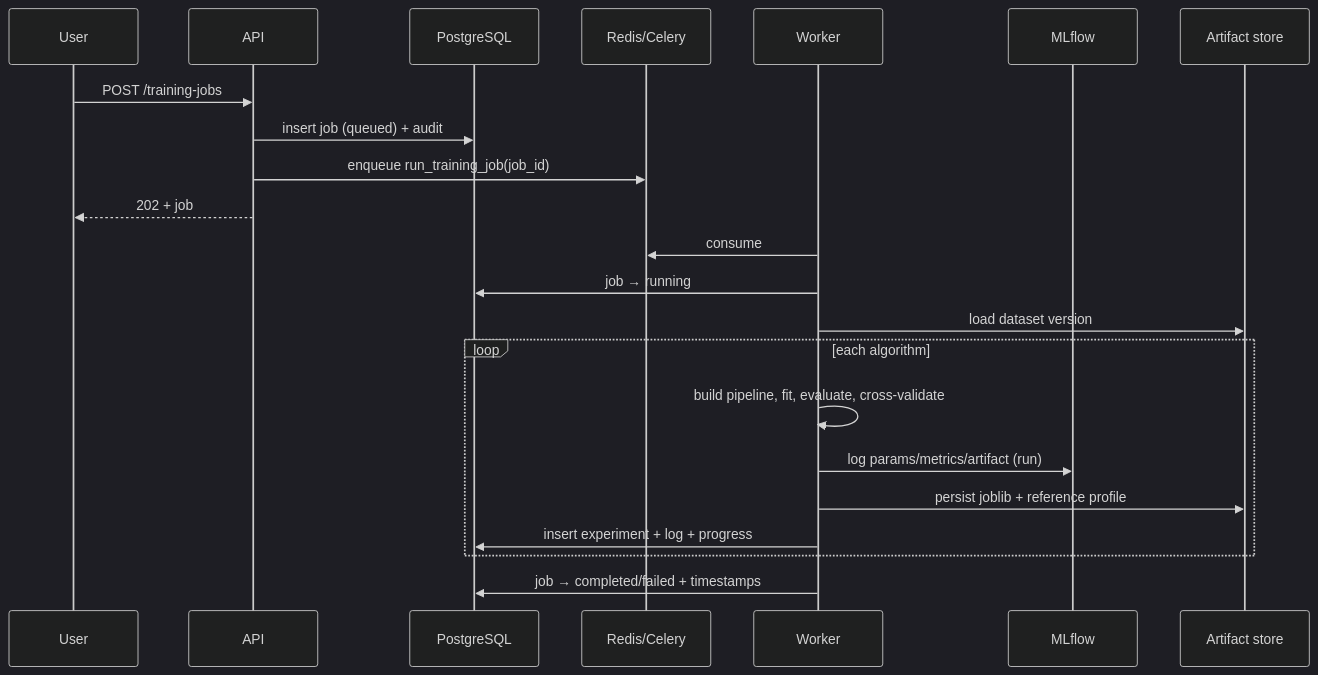
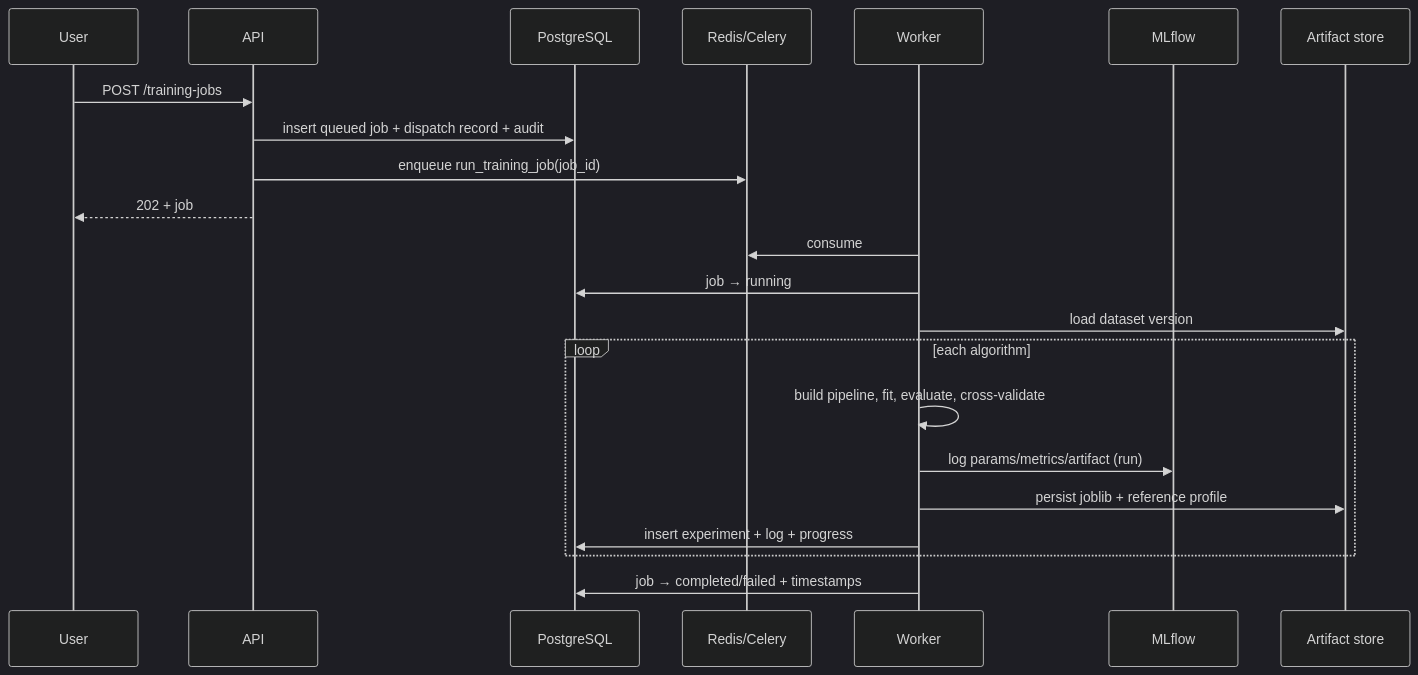
Before and after one commit to yuno7777/atlas-mlops: the second of 3 diagrams in docs/ARCHITECTURE.md, drawn with Mermaid (dark theme). The commit also changed 12 other files, not shown here.

````diff
--- a/docs/ARCHITECTURE.md
+++ b/docs/ARCHITECTURE.md
@@ -86,25 +86,25 @@
 ```mermaid
 sequenceDiagram
   participant U as User
   participant A as API
   participant D as PostgreSQL
   participant Q as Redis/Celery
   participant W as Worker
   participant M as MLflow
   participant S as Artifact store
 
   U->>A: POST /training-jobs
-  A->>D: insert job (queued) + audit
+  A->>D: insert queued job + dispatch record + audit
   A->>Q: enqueue run_training_job(job_id)
   A-->>U: 202 + job
   W->>Q: consume
   W->>D: job → running
   W->>S: load dataset version
   loop each algorithm
     W->>W: build pipeline, fit, evaluate, cross-validate
     W->>M: log params/metrics/artifact (run)
     W->>S: persist joblib + reference profile
     W->>D: insert experiment + log + progress
   end
   W->>D: job → completed/failed + timestamps
 ```
````
